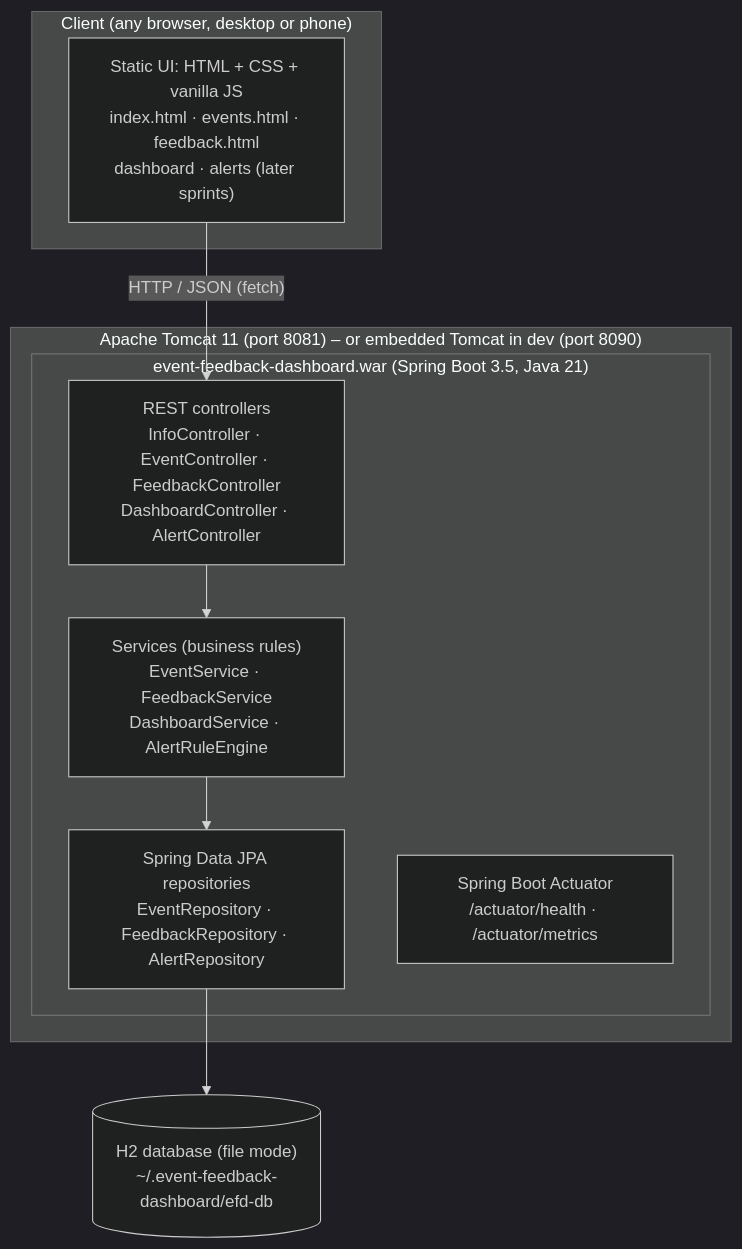
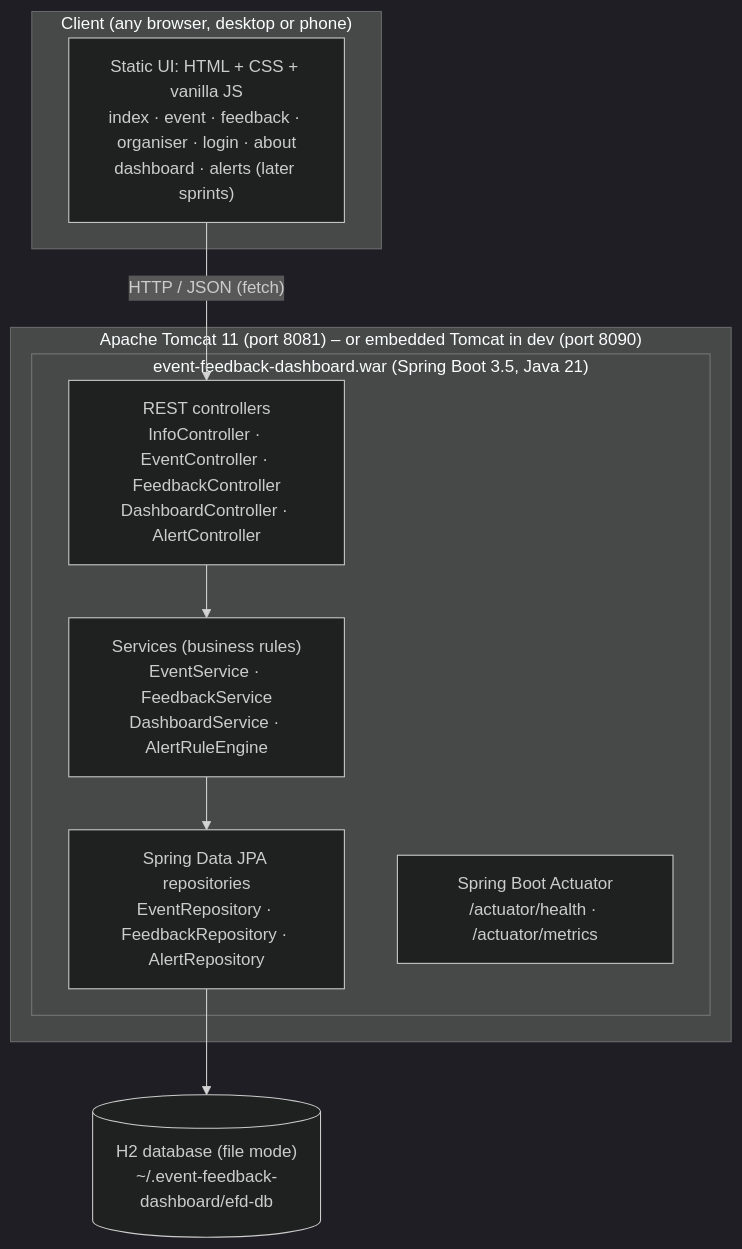
One commit to vijayyh/event-feedback-dashboard changed the second of 4 diagrams in docs/03-requirements-and-architecture.md. Above: the diagram before and after it, drawn with Mermaid (dark theme). The commit also changed other lines of this file and 17 other files, not shown here.

````diff
--- a/docs/03-requirements-and-architecture.md
+++ b/docs/03-requirements-and-architecture.md
@@ -105,20 +106,20 @@
 ```mermaid
 flowchart TB
     subgraph CLIENT["Client (any browser, desktop or phone)"]
-        ui["Static UI: HTML + CSS + vanilla JS<br/>index.html · events.html · feedback.html<br/>dashboard · alerts (later sprints)"]
+        ui["Static UI: HTML + CSS + vanilla JS<br/>index · event · feedback · organiser · login · about<br/>dashboard · alerts (later sprints)"]
     end
 
     subgraph SERVER["Apache Tomcat 11 (port 8081) – or embedded Tomcat in dev (port 8090)"]
         subgraph WAR["event-feedback-dashboard.war (Spring Boot 3.5, Java 21)"]
             ctrl["REST controllers<br/>InfoController · EventController · FeedbackController<br/>DashboardController · AlertController"]
             svc["Services (business rules)<br/>EventService · FeedbackService<br/>DashboardService · AlertRuleEngine"]
             repo["Spring Data JPA repositories<br/>EventRepository · FeedbackRepository · AlertRepository"]
             act["Spring Boot Actuator<br/>/actuator/health · /actuator/metrics"]
         end
     end
 
     db[("H2 database (file mode)<br/>~/.event-feedback-dashboard/efd-db")]
 
     ui -- "HTTP / JSON (fetch)" --> ctrl
     ctrl --> svc --> repo --> db
 ```
````
